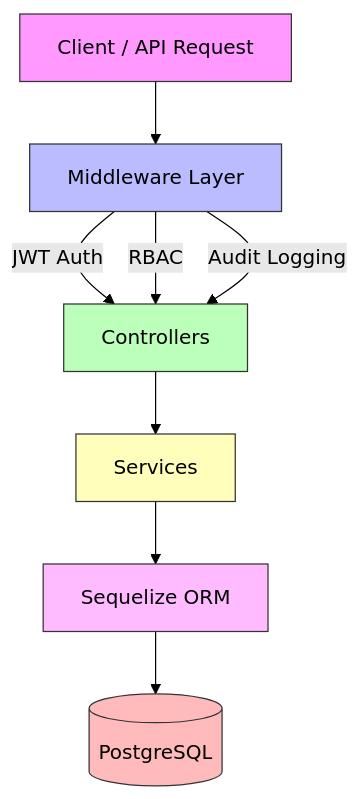
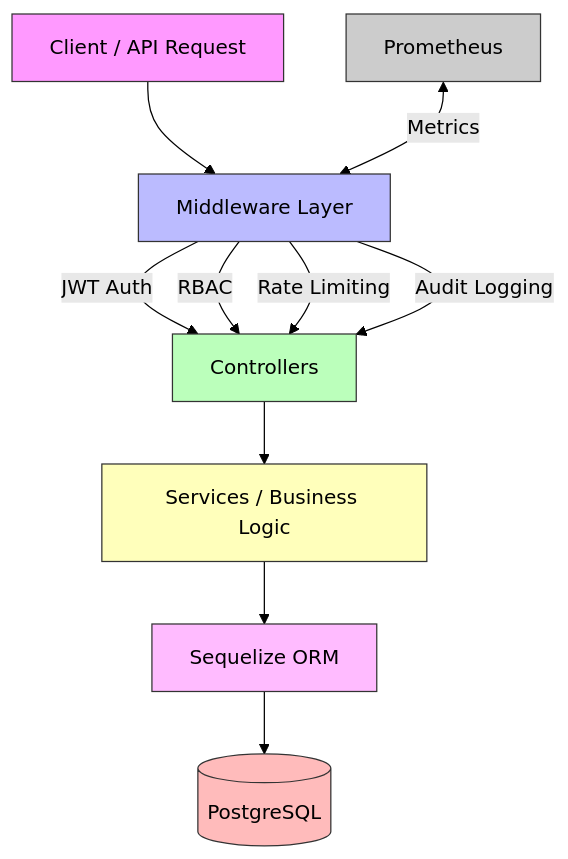
One commit to olubusade/emr-suite-backend changed the diagram in README.md. Above: the diagram before and after it, drawn with Mermaid (forest theme). The commit also changed other lines of this file and 49 other files, not shown here.

````diff
--- a/README.md
+++ b/README.md
@@ -68,17 +86,20 @@
 ```mermaid
 flowchart TD
     A[Client / API Request] --> B[Middleware Layer]
     B -->|JWT Auth| C[Controllers]
     B -->|RBAC| C
+    B -->|Rate Limiting| C
     B -->|Audit Logging| C
-    C --> D[Services]
+    C --> D[Services / Business Logic]
     D --> E[Sequelize ORM]
     E --> F[(PostgreSQL)]
+    G[Prometheus] <-->|Metrics| B
 
-    style A fill:#f9f,stroke:#333,stroke-width:1px
-    style B fill:#bbf,stroke:#333,stroke-width:1px
-    style C fill:#bfb,stroke:#333,stroke-width:1px
-    style D fill:#ffb,stroke:#333,stroke-width:1px
-    style E fill:#fbf,stroke:#333,stroke-width:1px
-    style F fill:#fbb,stroke:#333,stroke-width:1px
+    style A fill:#f9f,stroke:#333
+    style B fill:#bbf,stroke:#333
+    style C fill:#bfb,stroke:#333
+    style D fill:#ffb,stroke:#333
+    style E fill:#fbf,stroke:#333
+    style F fill:#fbb,stroke:#333
+    style G fill:#ccc,stroke:#333
 ```
````
